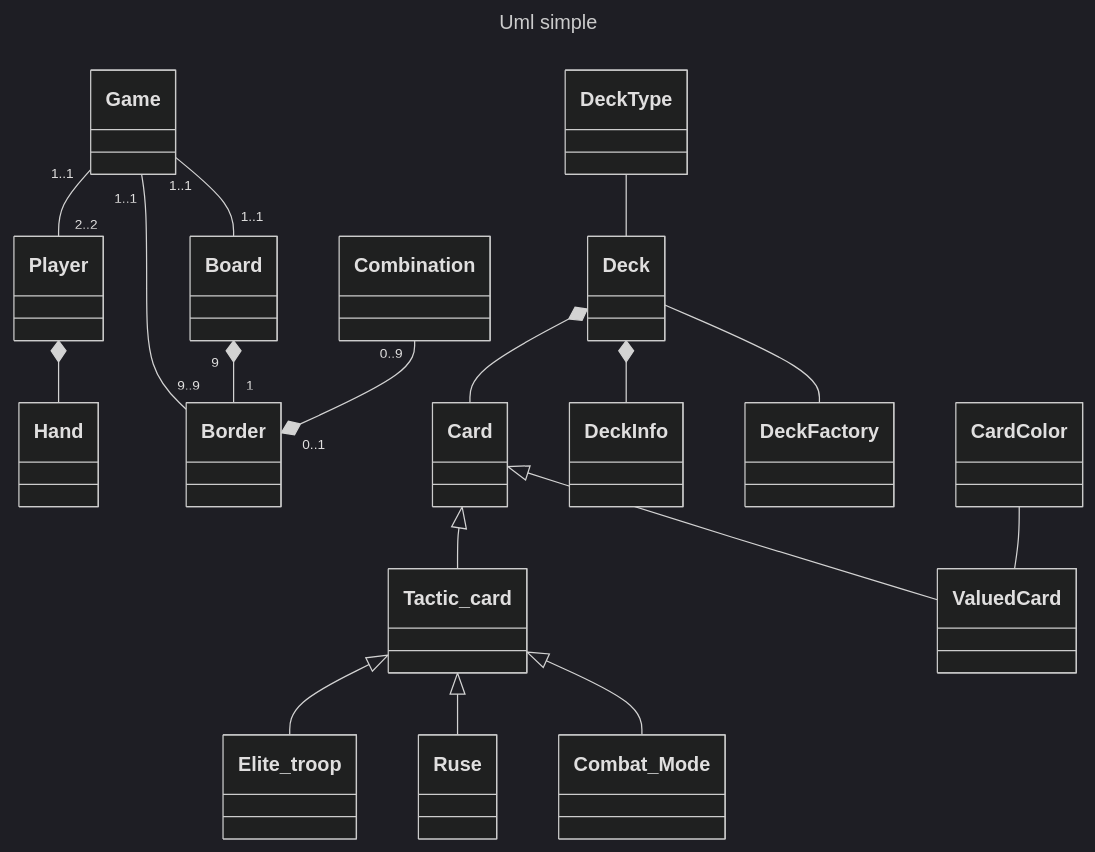
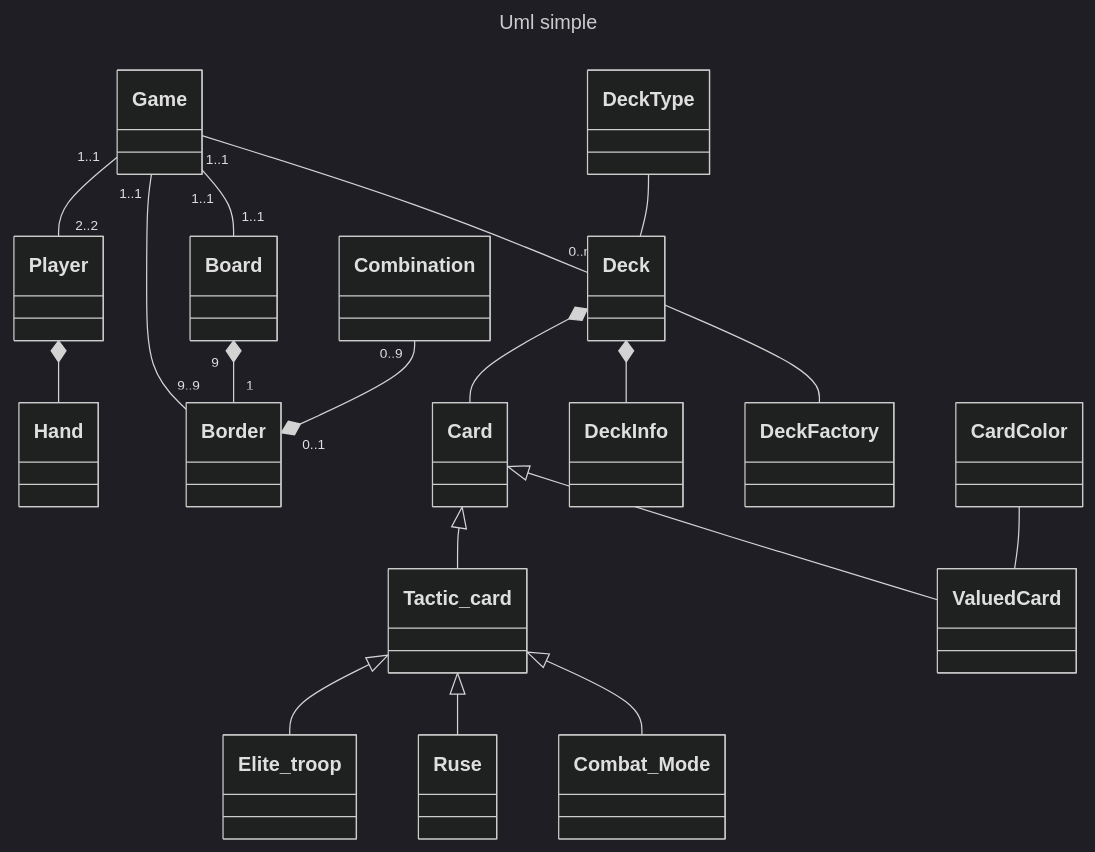
Before and after one commit to kilaposhi/Schotten-Totten: the second of 2 diagrams in documentation/UML_v2.md, drawn with Mermaid (dark theme). The commit also changed other lines of this file, not shown here.

````diff
--- a/documentation/UML_v2.md
+++ b/documentation/UML_v2.md
@@ -190,25 +191,26 @@
 ```mermaid
 ---
 title: Uml simple
 ---
 classDiagram
 Game "1..1" -- "2..2" Player
 Game "1..1" -- "9..9" Border
 Game "1..1" -- "1..1" Board
+Game "1..1" -- "0..n" Deck
 Card <|-- Tactic_card
 Card <|-- ValuedCard
 Deck *-- Card
 Deck *-- DeckInfo
 Deck -- DeckFactory
 %%    Card "0..7" --* "0..1" Hand
 Player *-- Hand
 Combination "0..9" --* "0..1" Border
 Board "9" *-- "1" Border
 Tactic_card <|-- Elite_troop
 Tactic_card <|-- Ruse
 Tactic_card <|-- Combat_Mode
 
 CardColor -- ValuedCard
 DeckType -- Deck
 
 ```
````
